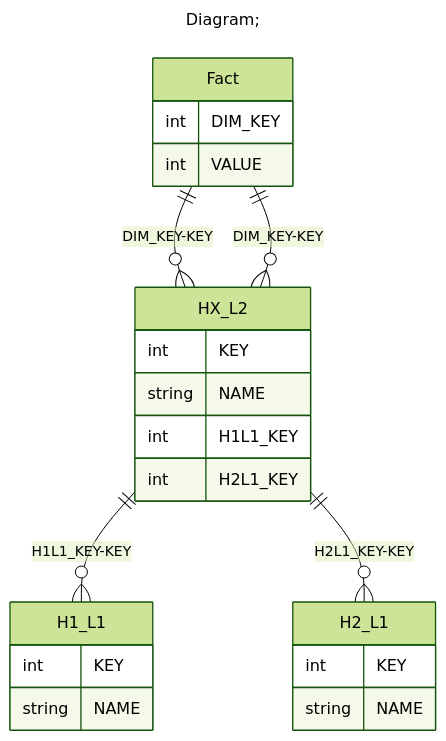
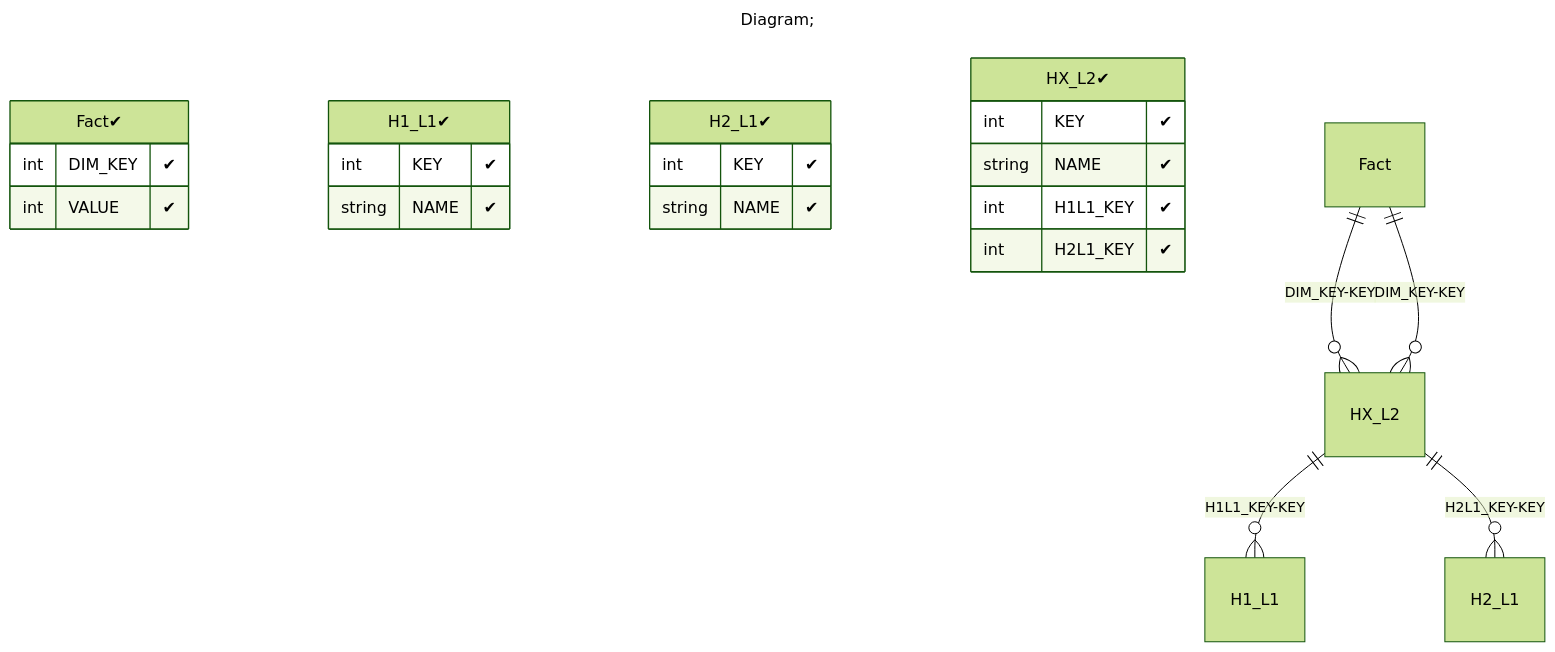
One commit to xmla-services/workground changed the third of 3 diagrams in demo/server/catalogs/min_Cube_DrillThroughAction/README.MD. Above: the diagram before and after it, drawn with Mermaid (forest theme). The commit also changed 44 other files, not shown here.

Commit message:
tutorials. add flags (positive, negative) in database diagram Signed-off-by: dbulahov <bulahovdenis@gmail.com>

````diff
--- a/demo/server/catalogs/min_Cube_DrillThroughAction/README.MD
+++ b/demo/server/catalogs/min_Cube_DrillThroughAction/README.MD
@@ -114,29 +114,29 @@
 ```mermaid
 ---
 title: Diagram;
 ---
 erDiagram
-Fact{
-int DIM_KEY
-int VALUE
+"Fact✔"{
+int DIM_KEY "✔"
+int VALUE "✔"
 }
-H1_L1{
-int KEY
-string NAME
+"H1_L1✔"{
+int KEY "✔"
+string NAME "✔"
 }
-H2_L1{
-int KEY
-string NAME
+"H2_L1✔"{
+int KEY "✔"
+string NAME "✔"
 }
-HX_L2{
-int KEY
-string NAME
-int H1L1_KEY
-int H2L1_KEY
+"HX_L2✔"{
+int KEY "✔"
+string NAME "✔"
+int H1L1_KEY "✔"
+int H2L1_KEY "✔"
 }
 
 "Fact" ||--o{ "HX_L2" : "DIM_KEY-KEY"
 "HX_L2" ||--o{ "H1_L1" : "H1L1_KEY-KEY"
 "Fact" ||--o{ "HX_L2" : "DIM_KEY-KEY"
 "HX_L2" ||--o{ "H2_L1" : "H2L1_KEY-KEY"
 ```
````
